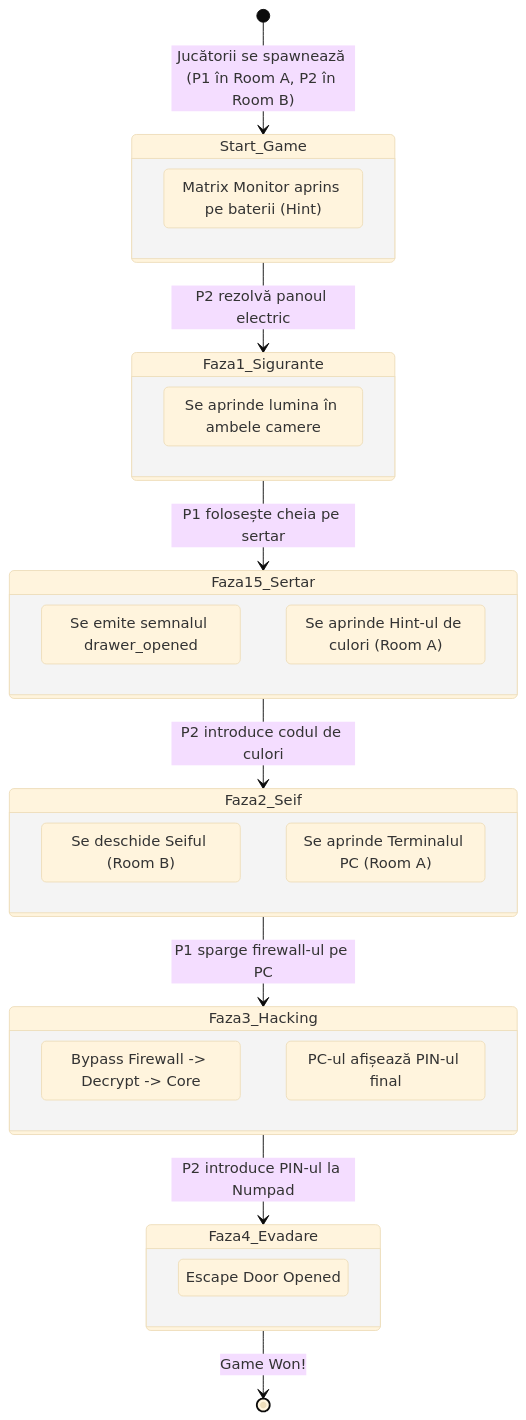
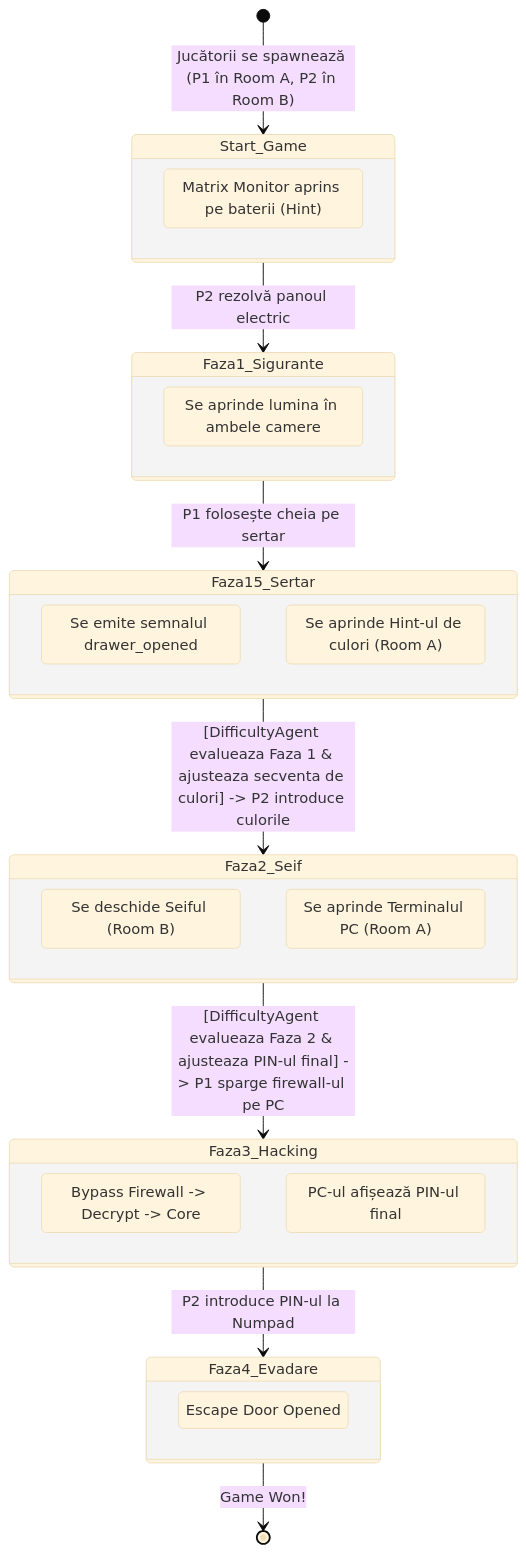
One commit to neica200/Echo-Chamber-Coop changed the second of 3 diagrams in diagrame_arhitectura.md. Above: the diagram before and after it, drawn with Mermaid (base theme). The commit also changed other lines of this file and 2 other files, not shown here.

Commit message:
update diagrams

````diff
--- a/diagrame_arhitectura.md
+++ b/diagrame_arhitectura.md
@@ -68,43 +109,43 @@
 ```mermaid
 stateDiagram-v2
     [*] --> Start_Game : Jucătorii se spawnează (P1 în Room A, P2 în Room B)
     
     state Start_Game {
         MatrixMonitor_Hint : Matrix Monitor aprins pe baterii (Hint)
     }
     
     Start_Game --> Faza1_Sigurante : P2 rezolvă panoul electric
     
     state Faza1_Sigurante {
         Lumina_ON : Se aprinde lumina în ambele camere
     }
     
     Faza1_Sigurante --> Faza15_Sertar : P1 folosește cheia pe sertar
     
     state Faza15_Sertar {
         Sertar_Deschis : Se emite semnalul drawer_opened
         Panou_Culori_Aprins : Se aprinde Hint-ul de culori (Room A)
     }
     
-    Faza15_Sertar --> Faza2_Seif : P2 introduce codul de culori
+    Faza15_Sertar --> Faza2_Seif : [DifficultyAgent evalueaza Faza 1 & ajusteaza secventa de culori] -> P2 introduce culorile
     
     state Faza2_Seif {
         Seif_Deschis : Se deschide Seiful (Room B)
         Terminal_ON : Se aprinde Terminalul PC (Room A)
     }
     
-    Faza2_Seif --> Faza3_Hacking : P1 sparge firewall-ul pe PC
+    Faza2_Seif --> Faza3_Hacking : [DifficultyAgent evalueaza Faza 2 & ajusteaza PIN-ul final] -> P1 sparge firewall-ul pe PC
     
     state Faza3_Hacking {
         Terminal_Hacked : Bypass Firewall -> Decrypt -> Core
         PIN_Afisat : PC-ul afișează PIN-ul final
     }
     
     Faza3_Hacking --> Faza4_Evadare : P2 introduce PIN-ul la Numpad
     
     state Faza4_Evadare {
         Usa_Deschisa : Escape Door Opened
     }
     
     Faza4_Evadare --> [*] : Game Won!
 ```
````
